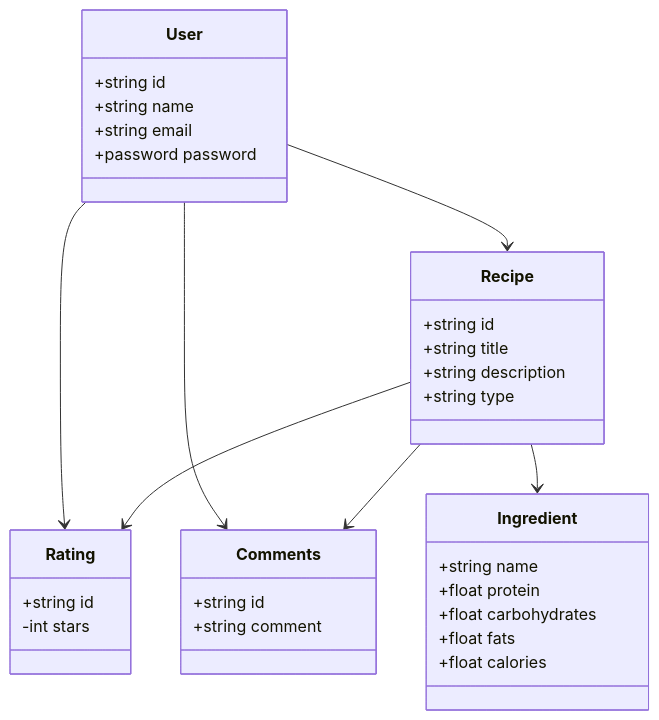
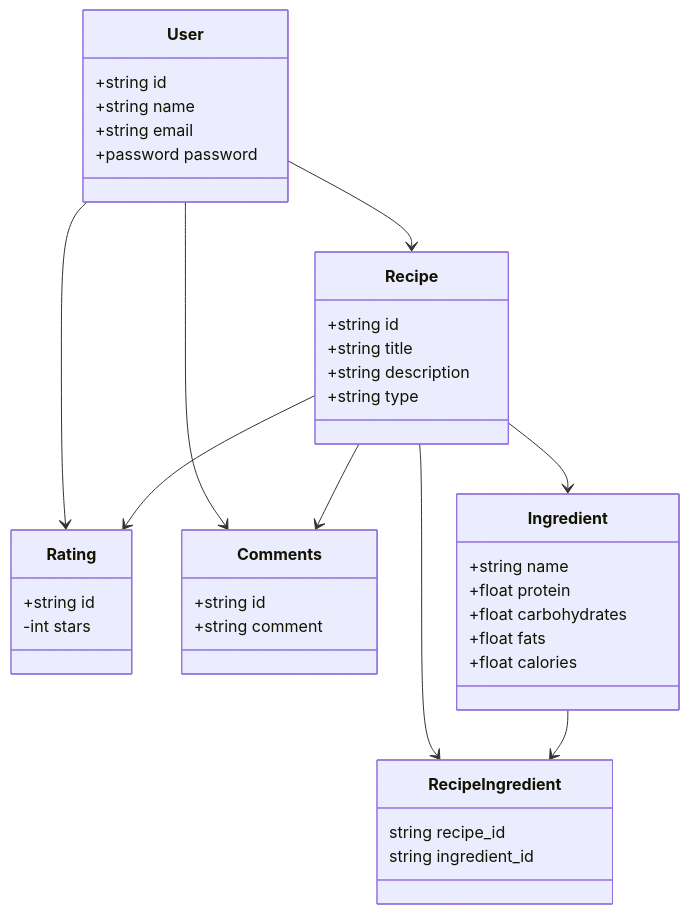
Before and after one commit to gualbertocuiza/dieting: the second of 2 diagrams in README.md, drawn with Mermaid. The commit also changed other lines of this file, not shown here.

Commit message:
updated class diagram

````diff
--- a/README.md
+++ b/README.md
@@ -33,34 +39,40 @@
 ```mermaid
 classDiagram
     User --> Recipe
     User --> Rating
     User --> Comments
     Recipe --> Rating
     Recipe --> Comments
     Recipe --> Ingredient
+    Recipe --> RecipeIngredient
+    Ingredient --> RecipeIngredient
     User : +string id
     User : +string name
     User : +string email
     User : +password password
     class Recipe{
       +string id
       +string title
       +string description
       +string type
     }
     class Rating{
       +string id
       -int stars
     }
     class Comments{
       +string id
       +string comment
     }
     class Ingredient{
         +string name
         +float protein
         +float carbohydrates
         +float fats
         +float calories
     }
- ```
+    class RecipeIngredient{
+        string recipe_id
+        string ingredient_id
+    }
+```
````
